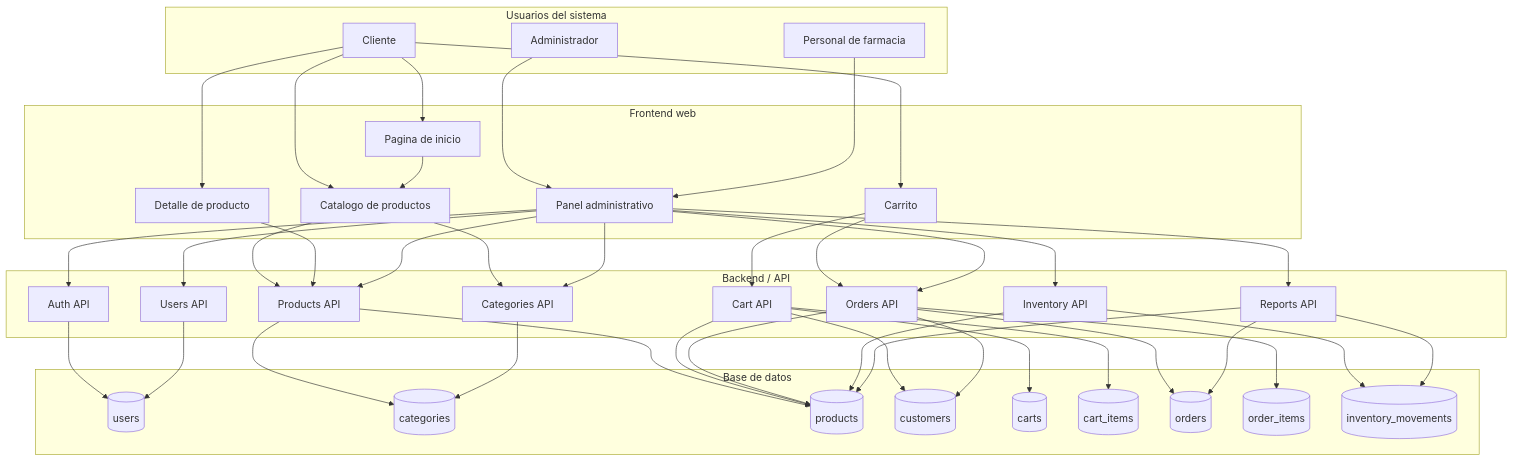
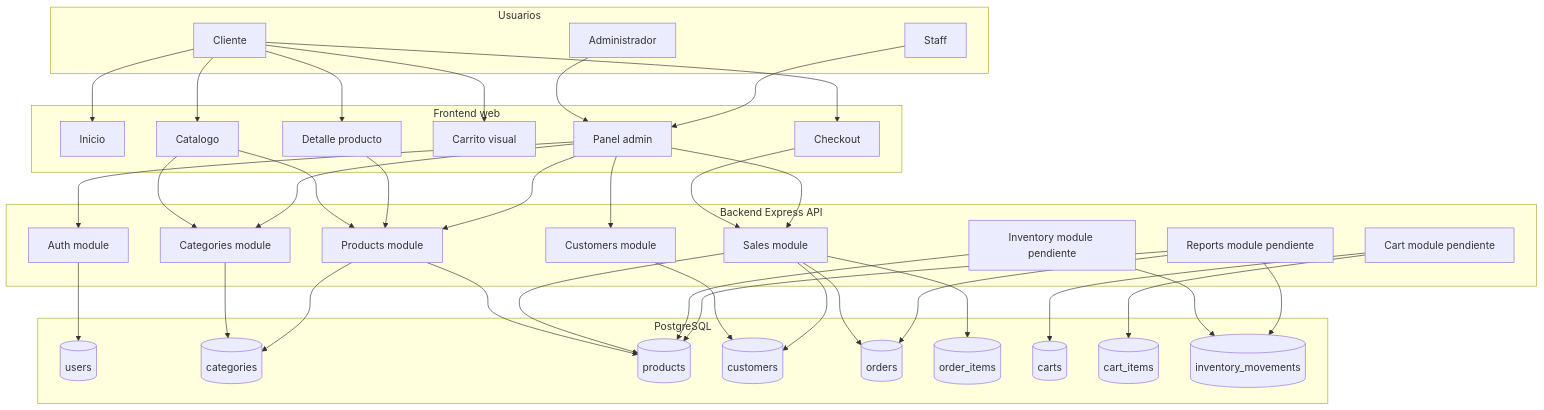
The diagram in docs/Diagrama-architecture-systems.md (kleyderBackend/farmagest-vital), drawn with Mermaid before and after one commit. The commit also changed other lines of this file and 21 other files, not shown here.

````diff
--- a/docs/Diagrama-architecture-systems.md
+++ b/docs/Diagrama-architecture-systems.md
@@ -13,80 +11,75 @@
 ```mermaid
 flowchart TD
-    subgraph Users["Usuarios del sistema"]
+    subgraph Users["Usuarios"]
         U1[Cliente]
         U2[Administrador]
-        U3[Personal de farmacia]
+        U3[Staff]
     end
 
     subgraph Frontend["Frontend web"]
-        F1[Pagina de inicio]
-        F2[Catalogo de productos]
-        F3[Detalle de producto]
-        F4[Carrito]
-        F5[Panel administrativo]
+        F1[Inicio]
+        F2[Catalogo]
+        F3[Detalle producto]
+        F4[Carrito visual]
+        F5[Checkout]
+        F6[Panel admin]
     end
 
-    subgraph Backend["Backend / API"]
-        B1[Auth API]
-        B2[Products API]
-        B3[Categories API]
-        B4[Cart API]
-        B5[Orders API]
-        B6[Inventory API]
-        B7[Users API]
-        B8[Reports API]
+    subgraph API["Backend Express API"]
+        A1[Auth module]
+        A2[Categories module]
+        A3[Products module]
+        A4[Customers module]
+        A5[Sales module]
+        A6[Cart module pendiente]
+        A7[Inventory module pendiente]
+        A8[Reports module pendiente]
     end
 
-    subgraph Database["Base de datos"]
+    subgraph DB["PostgreSQL"]
         D1[(users)]
         D2[(categories)]
         D3[(products)]
         D4[(customers)]
-        D5[(carts)]
-        D6[(cart_items)]
-        D7[(orders)]
-        D8[(order_items)]
+        D5[(orders)]
+        D6[(order_items)]
+        D7[(carts)]
+        D8[(cart_items)]
         D9[(inventory_movements)]
     end
 
     U1 --> F1
     U1 --> F2
     U1 --> F3
     U1 --> F4
+    U1 --> F5
+    U2 --> F6
+    U3 --> F6
 
-    U2 --> F5
-    U3 --> F5
+    F2 --> A2
+    F2 --> A3
+    F3 --> A3
+    F5 --> A5
+    F6 --> A1
+    F6 --> A2
+    F6 --> A3
+    F6 --> A4
+    F6 --> A5
 
-    F1 --> F2
-    F2 --> B2
-    F2 --> B3
-    F3 --> B2
-    F4 --> B4
-    F4 --> B5
-    F5 --> B1
-    F5 --> B2
-    F5 --> B3
-    F5 --> B5
-    F5 --> B6
-    F5 --> B7
-    F5 --> B8
-
-    B1 --> D1
-    B2 --> D2
-    B2 --> D3
-    B3 --> D2
-    B4 --> D4
-    B4 --> D5
-    B4 --> D6
-    B4 --> D3
-    B5 --> D4
-    B5 --> D7
-    B5 --> D8
-    B5 --> D3
-    B6 --> D3
-    B6 --> D9
-    B7 --> D1
-    B8 --> D3
-    B8 --> D7
-    B8 --> D9
+    A1 --> D1
+    A2 --> D2
+    A3 --> D2
+    A3 --> D3
+    A4 --> D4
+    A5 --> D3
+    A5 --> D4
+    A5 --> D5
+    A5 --> D6
+    A6 --> D7
+    A6 --> D8
+    A7 --> D3
+    A7 --> D9
+    A8 --> D3
+    A8 --> D5
+    A8 --> D9
 ```
````
